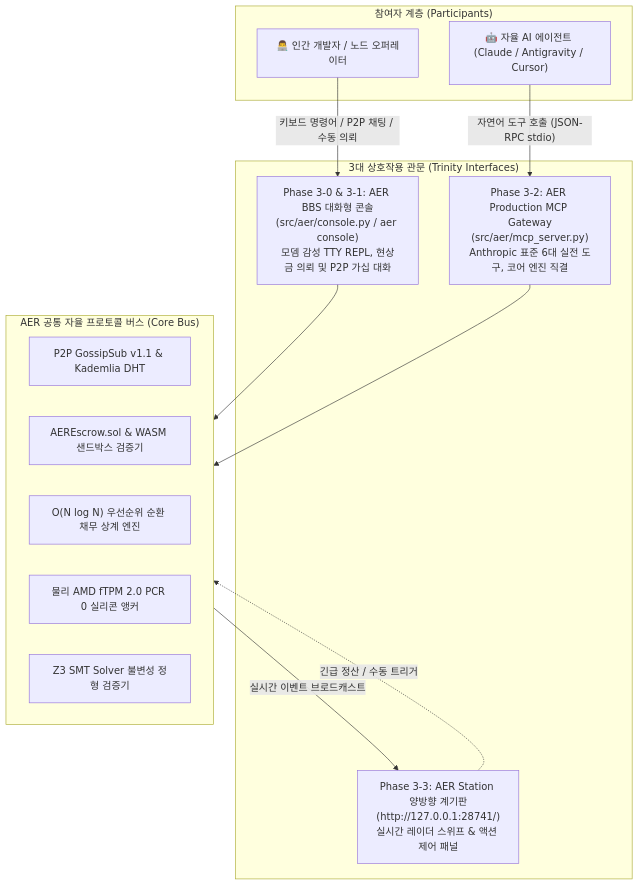
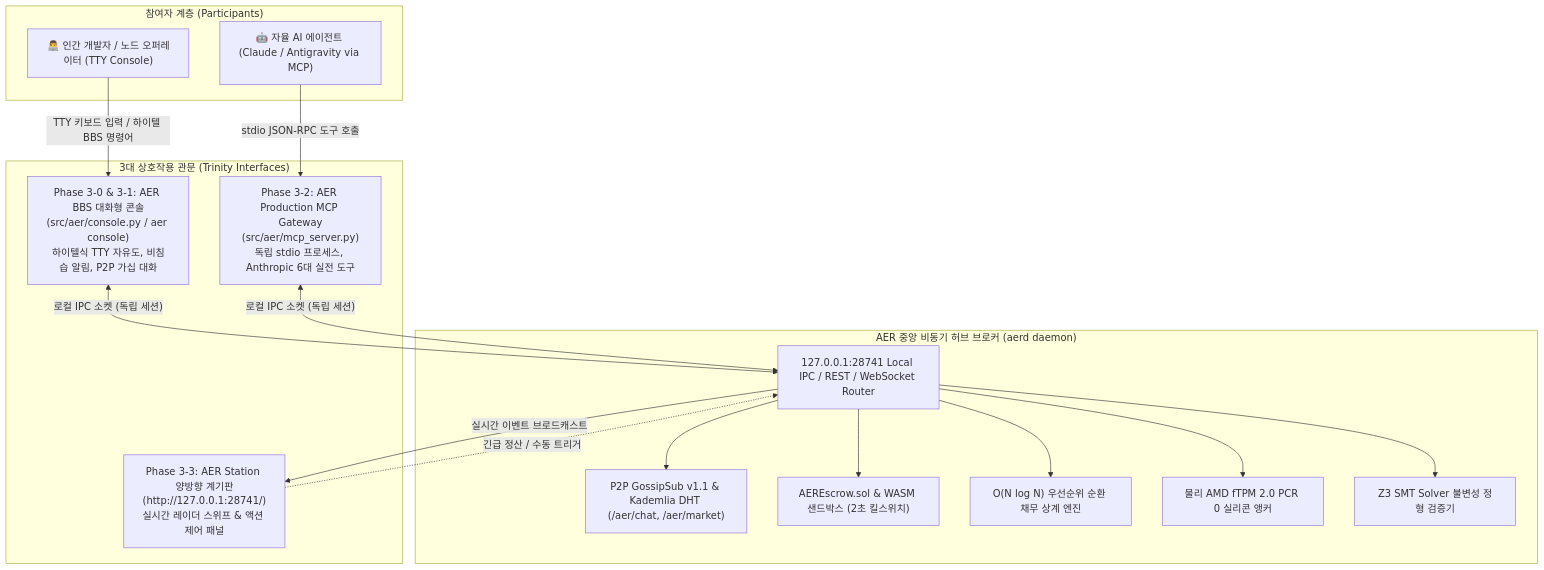
One commit to Team-Sequence-Thaumaturge/AER changed the diagram in ROADMAP3.ko.md. Above: the diagram before and after it, drawn with Mermaid. The commit also changed other lines of this file and 1 other file, not shown here.

Commit message:
docs(roadmap): expand Roadmap 3 with foundational axioms and 3 core defensive invariants

````diff
--- a/ROADMAP3.ko.md
+++ b/ROADMAP3.ko.md
@@ -10,28 +54,34 @@
 ```mermaid
 graph TD
     subgraph Users ["참여자 계층 (Participants)"]
-        Human["👨‍💻 인간 개발자 / 노드 오퍼레이터"]
-        AI["🤖 자율 AI 에이전트 (Claude / Antigravity / Cursor)"]
+        Human["👨‍💻 인간 개발자 / 노드 오퍼레이터 (TTY Console)"]
+        AI["🤖 자율 AI 에이전트 (Claude / Antigravity via MCP)"]
     end
 
     subgraph TrinityInterfaces ["3대 상호작용 관문 (Trinity Interfaces)"]
-        Console["Phase 3-0 & 3-1: AER BBS 대화형 콘솔<br/>(src/aer/console.py / aer console)<br/>모뎀 감성 TTY REPL, 현상금 의뢰 및 P2P 가십 대화"]
-        MCP["Phase 3-2: AER Production MCP Gateway<br/>(src/aer/mcp_server.py)<br/>Anthropic 표준 6대 실전 도구, 코어 엔진 직결"]
+        Console["Phase 3-0 & 3-1: AER BBS 대화형 콘솔<br/>(src/aer/console.py / aer console)<br/>하이텔식 TTY 자유도, 비침습 알림, P2P 가십 대화"]
+        MCP["Phase 3-2: AER Production MCP Gateway<br/>(src/aer/mcp_server.py)<br/>독립 stdio 프로세스, Anthropic 6대 실전 도구"]
         Dashboard["Phase 3-3: AER Station 양방향 계기판<br/>(http://127.0.0.1:28741/)<br/>실시간 레이더 스위프 & 액션 제어 패널"]
     end
 
-    subgraph CoreEngine ["AER 공통 자율 프로토콜 버스 (Core Bus)"]
-        Router["P2P GossipSub v1.1 & Kademlia DHT"]
-        BountyEscrow["AEREscrow.sol & WASM 샌드박스 검증기"]
+    subgraph CoreBroker ["AER 중앙 비동기 허브 브로커 (aerd daemon)"]
+        Hub["127.0.0.1:28741 Local IPC / REST / WebSocket Router"]
+        Router["P2P GossipSub v1.1 & Kademlia DHT (/aer/chat, /aer/market)"]
+        BountyEscrow["AEREscrow.sol & WASM 샌드박스 (2초 킬스위치)"]
         Netting["O(N log N) 우선순위 순환 채무 상계 엔진"]
         HardwareAnchor["물리 AMD fTPM 2.0 PCR 0 실리콘 앵커"]
         FormalZ3["Z3 SMT Solver 불변성 정형 검증기"]
     end
 
-    Human -->|"키보드 명령어 / P2P 채팅 / 수동 의뢰"| Console
-    AI -->|"자연어 도구 호출 (JSON-RPC stdio)"| MCP
-    Console --> CoreEngine
-    MCP --> CoreEngine
-    CoreEngine -->|"실시간 이벤트 브로드캐스트"| Dashboard
-    Dashboard -.->|"긴급 정산 / 수동 트리거"| CoreEngine
+    Human -->|"TTY 키보드 입력 / 하이텔 BBS 명령어"| Console
+    AI -->|"stdio JSON-RPC 도구 호출"| MCP
+    Console <-->|"로컬 IPC 소켓 (독립 세션)"| Hub
+    MCP <-->|"로컬 IPC 소켓 (독립 세션)"| Hub
+    Hub --> Router
+    Hub --> BountyEscrow
+    Hub --> Netting
+    Hub --> HardwareAnchor
+    Hub --> FormalZ3
+    Hub -->|"실시간 이벤트 브로드캐스트"| Dashboard
+    Dashboard -.->|"긴급 정산 / 수동 트리거"| Hub
 ```
````
